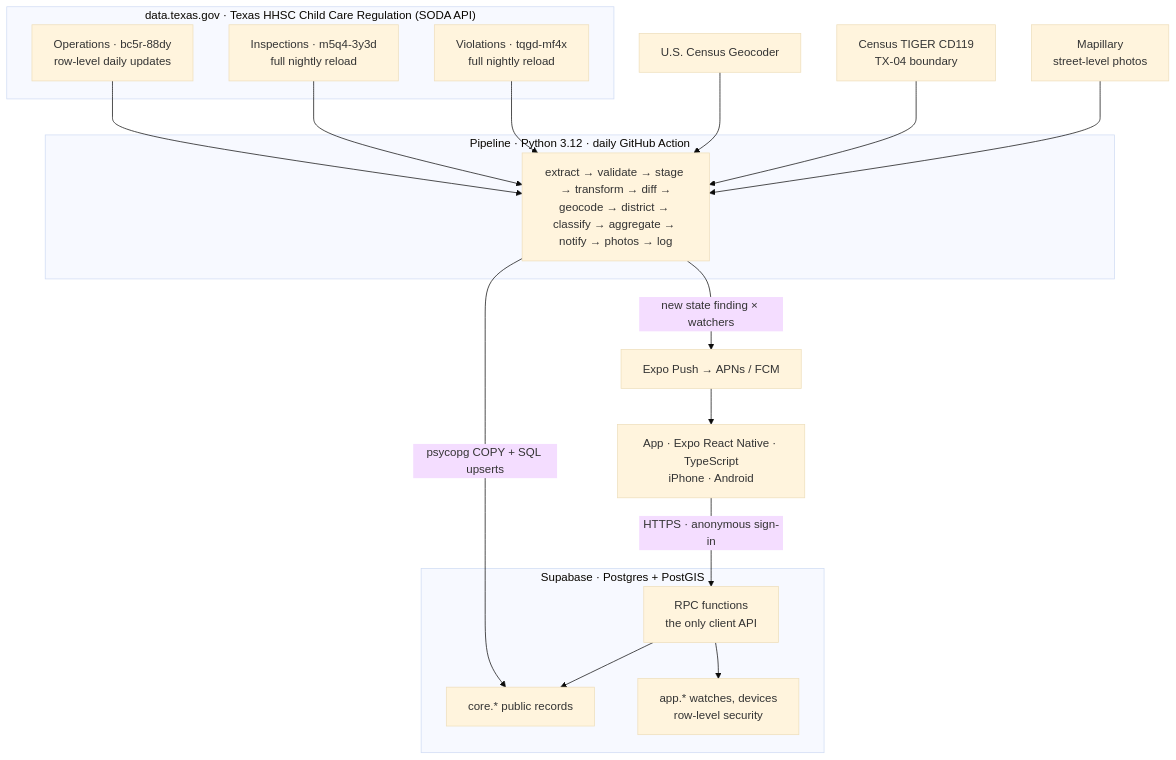
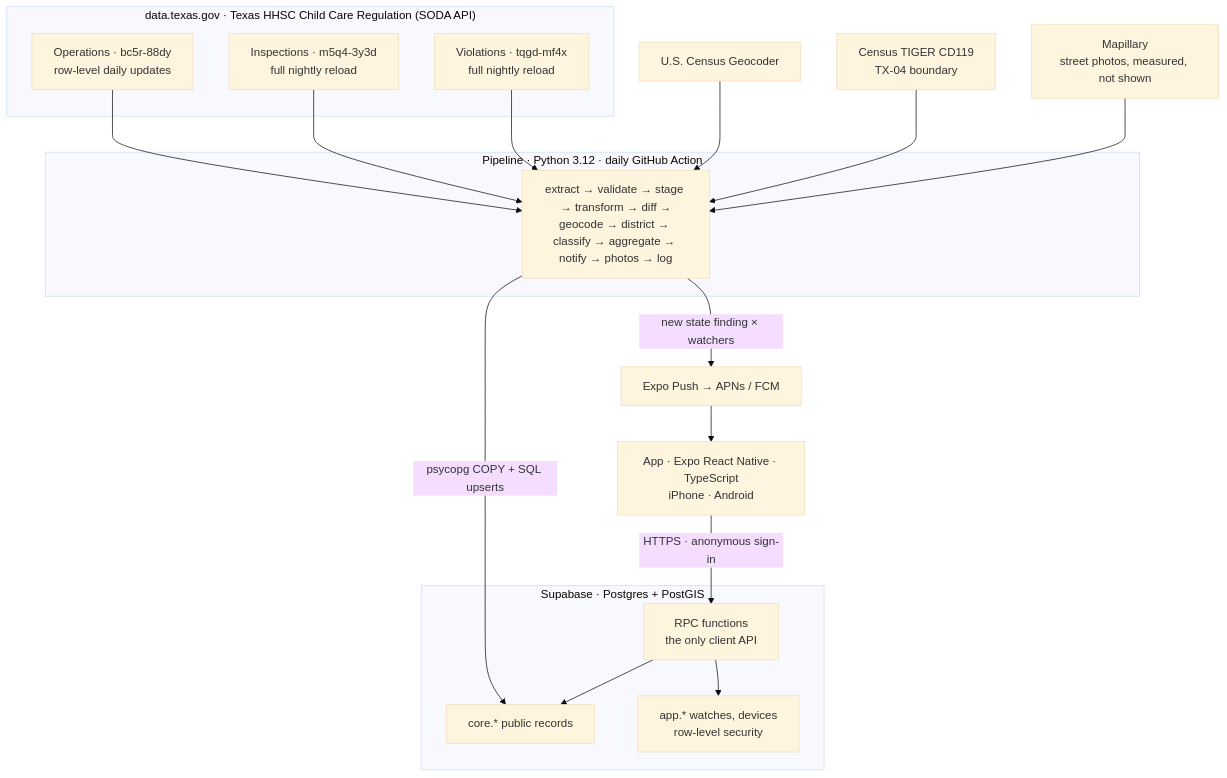
The second of 2 diagrams in README.md (areebhirani-beep/daycare-watch), drawn with Mermaid (base theme) before and after one commit. The commit also changed other lines of this file and 19 other files, not shown here.

Commit message:
Street photos are collected but not shown: a hand check found most show the wrong building; home shows last week's state visits in TX-04; Not now still watches without alerts

````diff
--- a/README.md
+++ b/README.md
@@ -80,33 +80,33 @@
 ```mermaid
 flowchart TB
   subgraph TX["data.texas.gov · Texas HHSC Child Care Regulation (SODA API)"]
     OPS["Operations · bc5r-88dy<br/>row-level daily updates"]
     ACT["Inspections · m5q4-3y3d<br/>full nightly reload"]
     VIO["Violations · tqgd-mf4x<br/>full nightly reload"]
   end
   CEN["U.S. Census Geocoder"]
   TIG["Census TIGER CD119<br/>TX-04 boundary"]
-  MLY["Mapillary<br/>street-level photos"]
+  MLY["Mapillary<br/>street photos, measured, not shown"]
 
   subgraph PIPE["Pipeline · Python 3.12 · daily GitHub Action"]
     P["extract → validate → stage → transform → diff →<br/>geocode → district → classify → aggregate → notify → photos → log"]
   end
 
   subgraph DB["Supabase · Postgres + PostGIS"]
     CORE["core.* public records"]
     APP["app.* watches, devices<br/>row-level security"]
     RPC["RPC functions<br/>the only client API"]
   end
 
   PUSH["Expo Push → APNs / FCM"]
   MOB["App · Expo React Native · TypeScript<br/>iPhone · Android"]
 
   OPS & ACT & VIO --> P
   CEN & TIG & MLY --> P
   P -- "psycopg COPY + SQL upserts" --> CORE
   P -- "new state finding × watchers" --> PUSH
   PUSH --> MOB
   MOB -- "HTTPS · anonymous sign-in" --> RPC
   RPC --> CORE
   RPC --> APP
 ```
````
